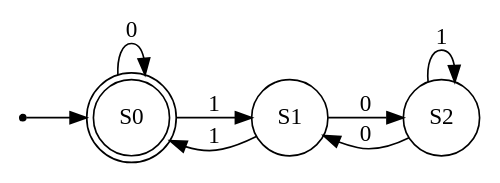
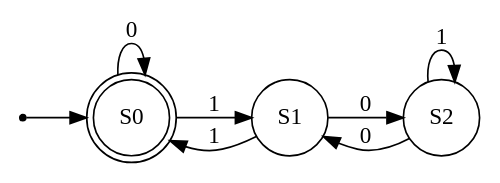
Before and after one commit to Quentin18/fsmdot: the diagram in examples/graph2_dfa.dot, drawn with Graphviz. The commit also changed other lines of this file and 6 other files, not shown here.

```diff
--- a/examples/graph2_dfa.dot
+++ b/examples/graph2_dfa.dot
@@ -1,13 +1,13 @@
 strict digraph FSM {
 	graph [rankdir=LR];
 	node [shape=circle];
 	null	[shape=point];
 	S0	[shape=doublecircle];
 	null -> S0;
 	S0 -> S0	[label=0];
 	S0 -> S1	[label=1];
-	S2 -> S2	[label=1];
-	S2 -> S1	[label=0];
 	S1 -> S0	[label=1];
 	S1 -> S2	[label=0];
+	S2 -> S1	[label=0];
+	S2 -> S2	[label=1];
 }
```
